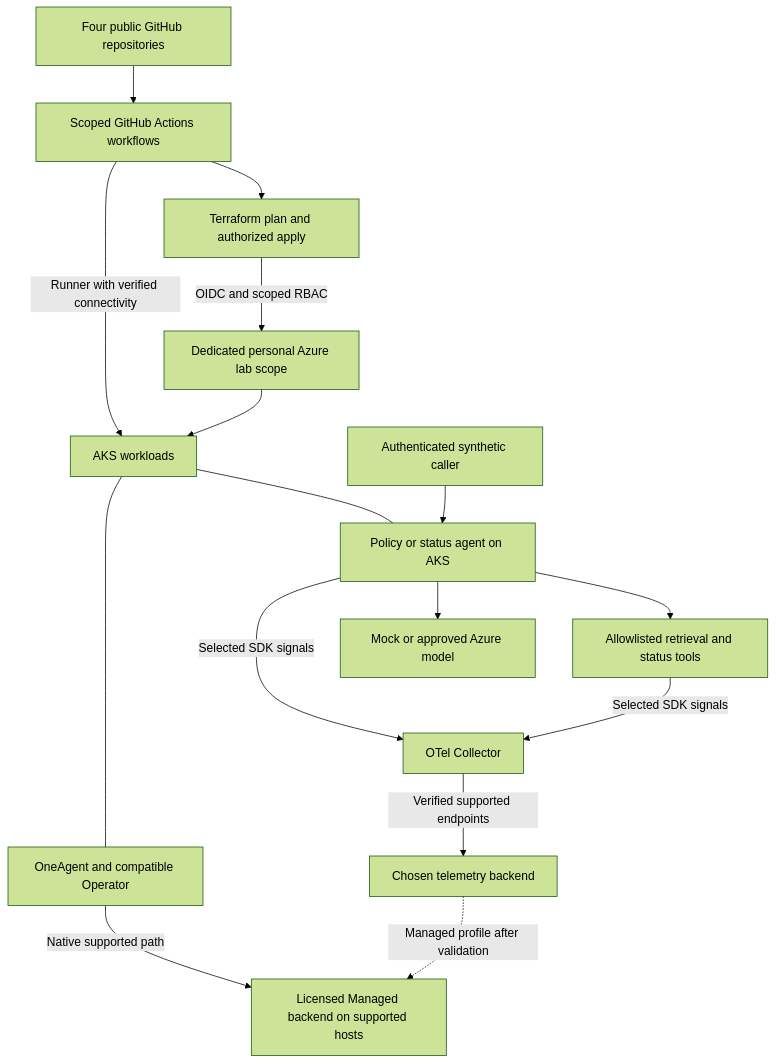
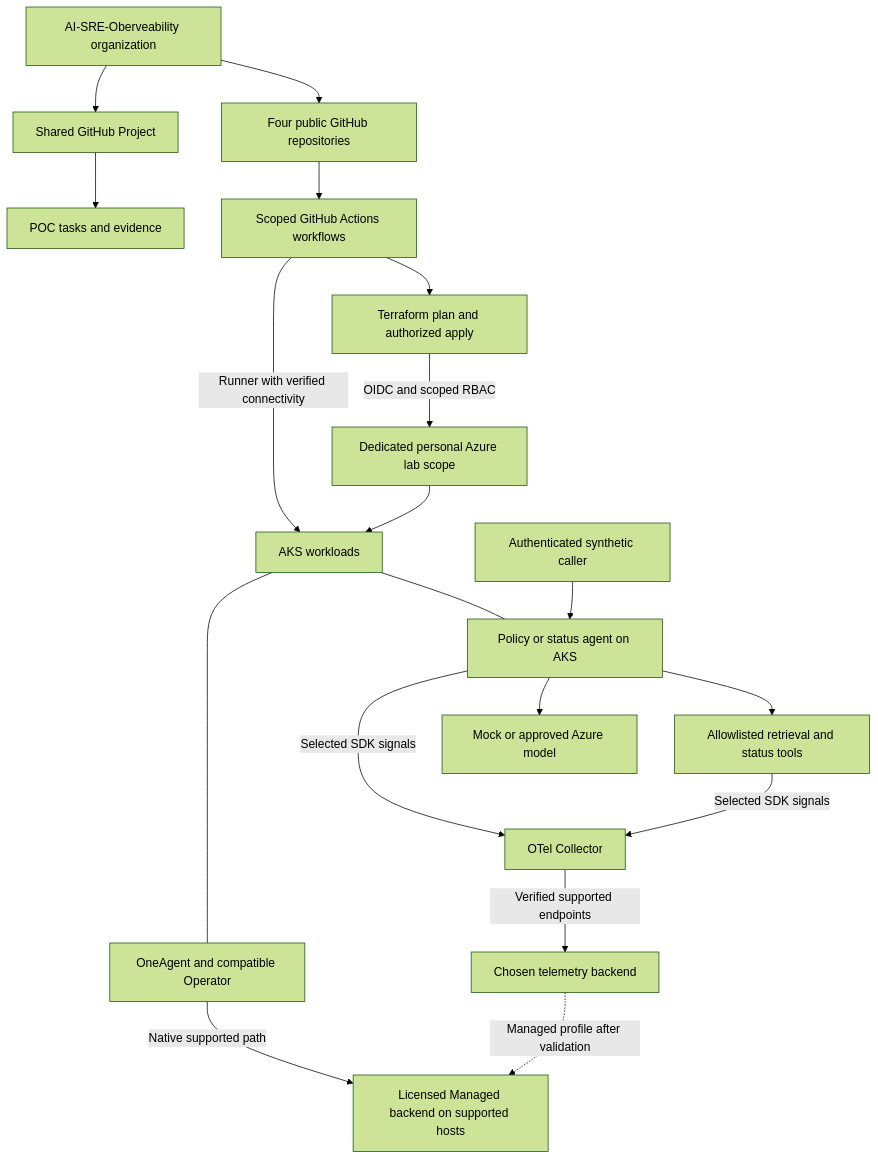
The second of 3 diagrams in HLD.md (AI-SRE-Oberveability/ai-observability-lab), drawn with Mermaid (forest theme) before and after one commit. The commit also changed other lines of this file and 20 other files, not shown here.

````diff
--- a/HLD.md
+++ b/HLD.md
@@ -28,18 +28,21 @@
 ```mermaid
 flowchart TB
-  G[Four public GitHub repositories] --> W[Scoped GitHub Actions workflows]
+  O[AI-SRE-Oberveability organization] --> G[Four public GitHub repositories]
+  O --> P[Shared GitHub Project]
+  P --> T[POC tasks and evidence]
+  G --> W[Scoped GitHub Actions workflows]
   W --> F[Terraform plan and authorized apply]
   F -->|OIDC and scoped RBAC| Z[Dedicated personal Azure lab scope]
   W -->|Runner with verified connectivity| K[AKS workloads]
   Z --> K
   U[Authenticated synthetic caller] --> A[Policy or status agent on AKS]
   K --- A
   A --> R[Allowlisted retrieval and status tools]
   A --> M[Mock or approved Azure model]
   A -->|Selected SDK signals| C[OTel Collector]
   R -->|Selected SDK signals| C
   C -->|Verified supported endpoints| B[Chosen telemetry backend]
   N[OneAgent and compatible Operator] -->|Native supported path| D[Licensed Managed backend on supported hosts]
   K --- N
   B -.->|Managed profile after validation| D
 ```
````
